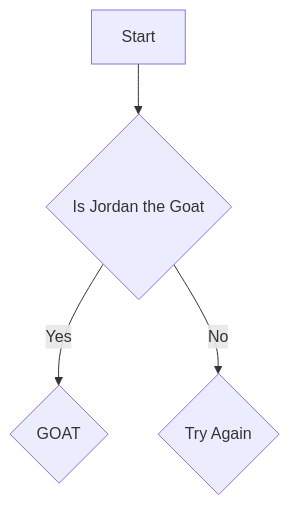
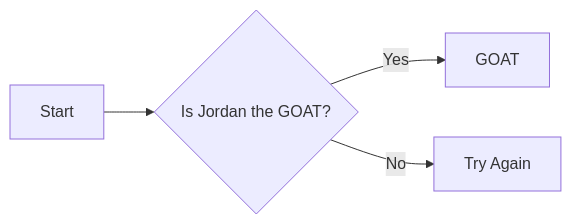
One commit to GiovanniRN/KNES381 changed the diagram in Markdown.md. Above: the diagram before and after it, drawn with Mermaid. The commit also changed other lines of this file, not shown here.

Commit message:
trial 3 for mermaid removed some spaces and fixed signage

````diff
--- a/Markdown.md
+++ b/Markdown.md
@@ -17,6 +17,6 @@
 ```mermaid
-flowchart TD
-A[Start] --> B{Is Jordan the Goat}
-B --> |Yes|C{GOAT}
-B --> |No|D{Try Again}
+flowchart LR
+  A[Start] --> B{Is Jordan the GOAT?}
+  B -->|Yes| C[GOAT]
+  B -->|No| D[Try Again]
 ```
````
